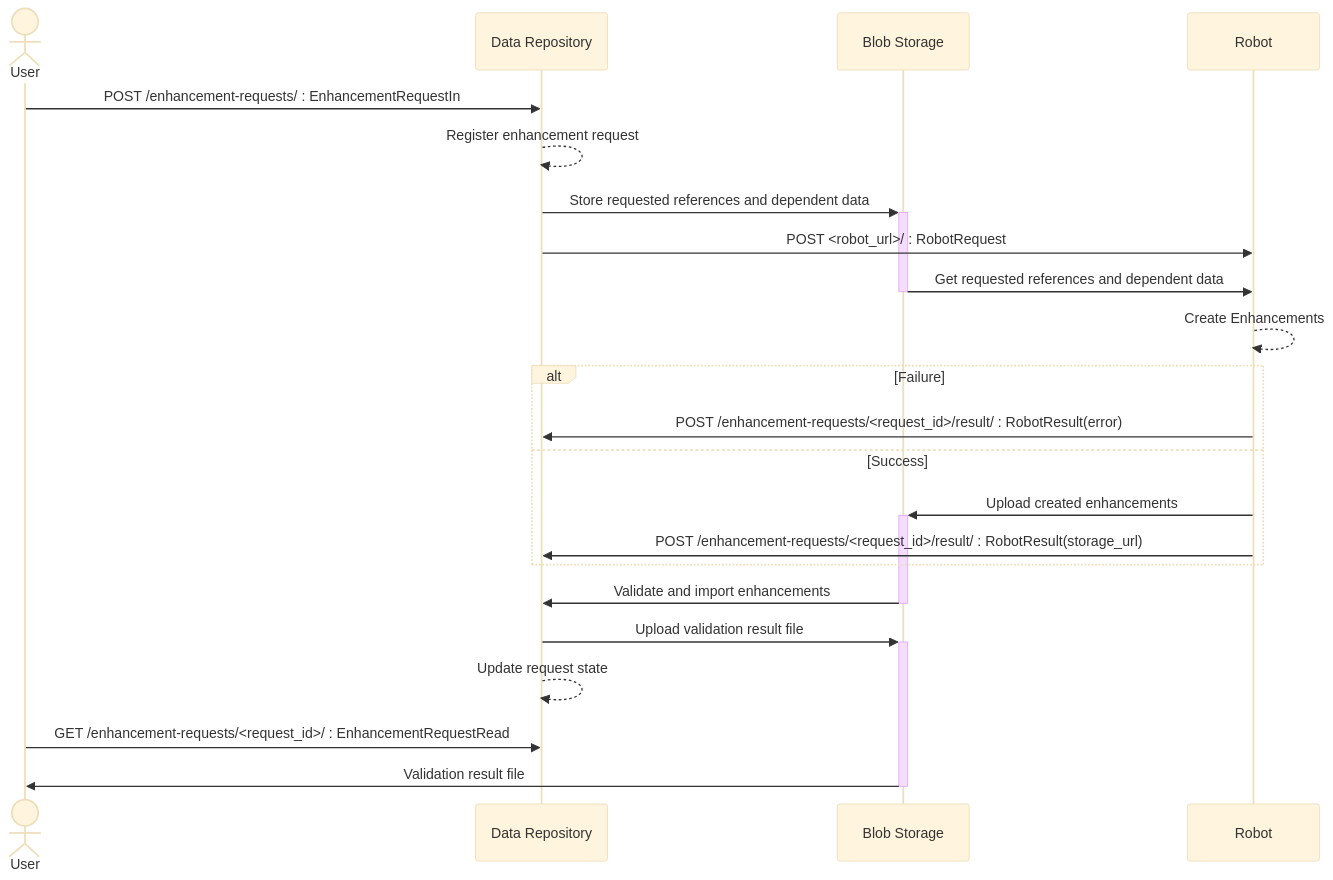
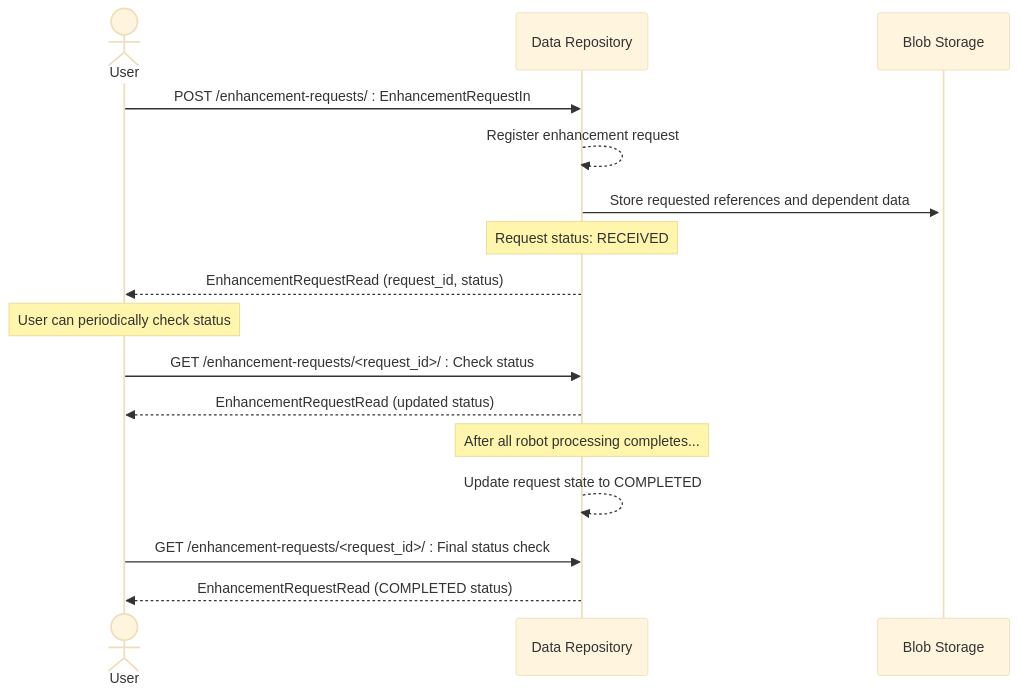
Before and after one commit to destiny-evidence/destiny-repository: the first of 2 diagrams in docs/procedures/requesting-batch-enhancements.rst, drawn with Mermaid (base theme). The commit also changed other lines of this file and 1 other file, not shown here.

```diff
--- a/docs/procedures/requesting-batch-enhancements.rst
+++ b/docs/procedures/requesting-batch-enhancements.rst
@@ -10,24 +29,17 @@
 .. mermaid::
 
     sequenceDiagram
         actor User
         participant Data Repository
-        participant Blob Storage
-        participant Robot
         User->>Data Repository: POST /enhancement-requests/ : EnhancementRequestIn
         Data Repository-->>Data Repository: Register enhancement request
         Data Repository->>+Blob Storage: Store requested references and dependent data
-        Data Repository->>Robot: POST <robot_url>/ : RobotRequest
-        Blob Storage->>-Robot: Get requested references and dependent data
-        Robot-->>Robot: Create Enhancements
-        alt Failure
-            Robot->>Data Repository: POST /enhancement-requests/<request_id>/result/ : RobotResult(error)
-        else Success
-            Robot->>+Blob Storage: Upload created enhancements
-            Robot->>Data Repository: POST /enhancement-requests/<request_id>/result/ : RobotResult(storage_url)
-        end
-        Blob Storage->>-Data Repository: Validate and import enhancements
-        Data Repository->>+Blob Storage: Upload validation result file
-        Data Repository-->>Data Repository: Update request state
-        User->>Data Repository: GET /enhancement-requests/<request_id>/ : EnhancementRequestRead
-        Blob Storage->>-User: Validation result file
+        Note over Data Repository: Request status: RECEIVED
+        Data Repository-->>User: EnhancementRequestRead (request_id, status)
+        Note over User: User can periodically check status
+        User->>Data Repository: GET /enhancement-requests/<request_id>/ : Check status
+        Data Repository-->>User: EnhancementRequestRead (updated status)
+        Note over Data Repository: After all robot processing completes...
+        Data Repository-->>Data Repository: Update request state to COMPLETED
+        User->>Data Repository: GET /enhancement-requests/<request_id>/ : Final status check
+        Data Repository-->>User: EnhancementRequestRead (COMPLETED status)
```
